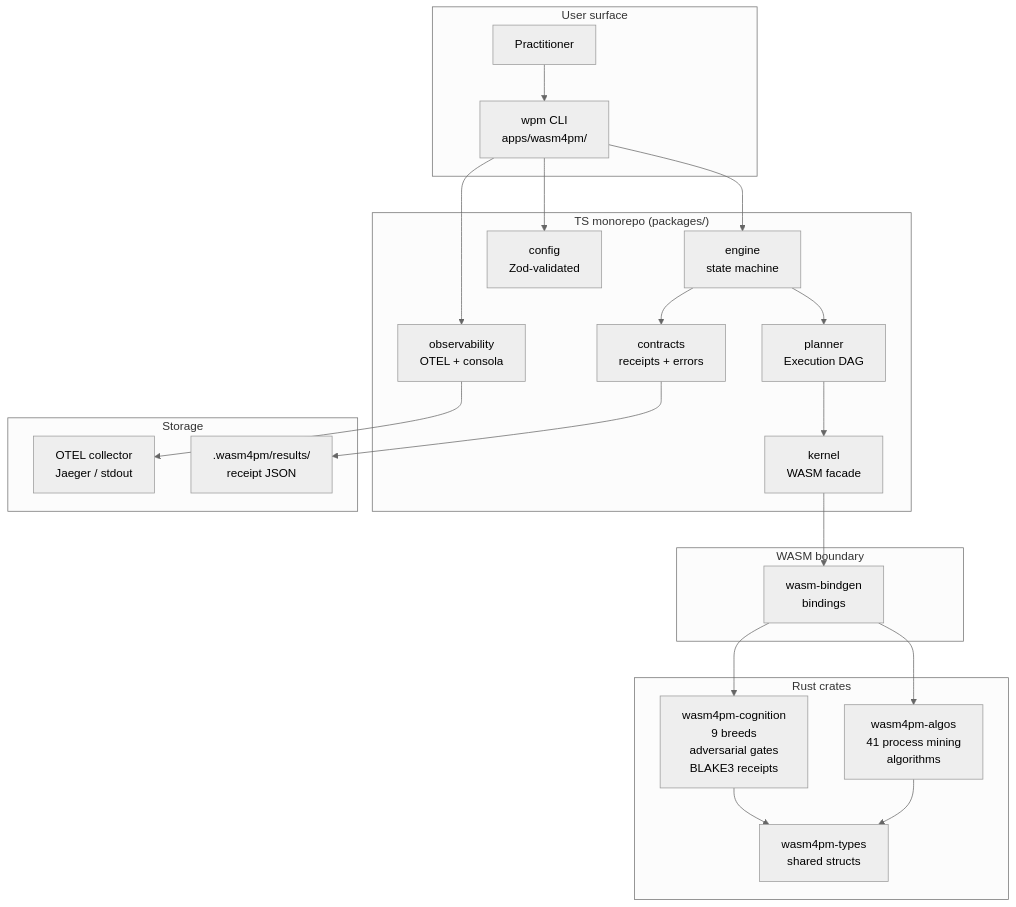
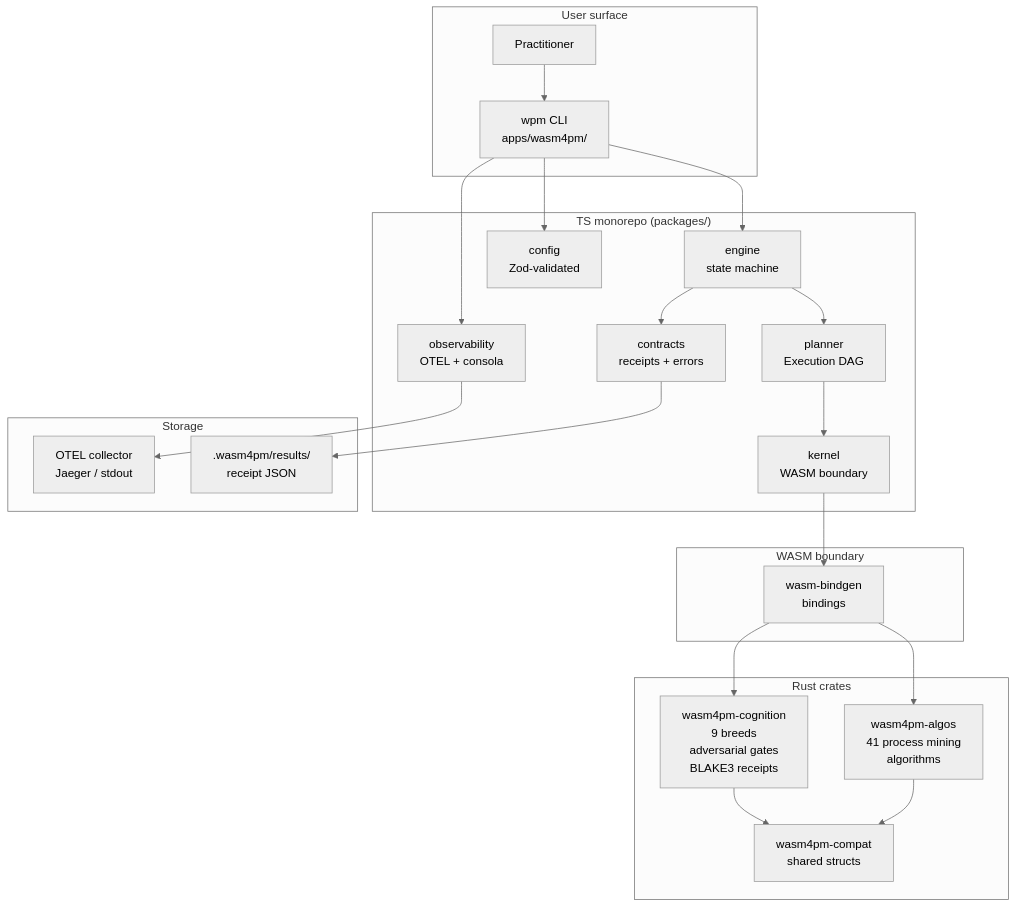
One commit to seanchatmangpt/wasm4pm changed the fifth of 13 diagrams in docs_quarantine/ARCHIVE/ARCHITECTURE.md. Above: the diagram before and after it, drawn with Mermaid (neutral theme). The commit also changed other lines of this file and 418 other files, not shown here.

````diff
--- a/docs_quarantine/ARCHIVE/ARCHITECTURE.md
+++ b/docs_quarantine/ARCHIVE/ARCHITECTURE.md
@@ -102,46 +102,46 @@
 ```mermaid
 flowchart TD
     subgraph "User surface"
         USER[Practitioner]
         CLI3[wpm CLI\napps/wasm4pm/]
     end
 
     subgraph "TS monorepo (packages/)"
         ENGINE[engine\nstate machine]
-        KERNEL[kernel\nWASM facade]
+        KERNEL[kernel\nWASM boundary]
         CONFIG[config\nZod-validated]
         PLANNER[planner\nExecution DAG]
         OBS[observability\nOTEL + consola]
         CONTRACTS[contracts\nreceipts + errors]
     end
 
     subgraph "WASM boundary"
         WB[wasm-bindgen\nbindings]
     end
 
     subgraph "Rust crates"
         PM[wasm4pm-algos\n41 process mining\nalgorithms]
         COG[wasm4pm-cognition\n9 breeds\nadversarial gates\nBLAKE3 receipts]
-        TYPES[wasm4pm-types\nshared structs]
+        TYPES[wasm4pm-compat\nshared structs]
     end
 
     subgraph "Storage"
         RESULTS[.wasm4pm/results/\nreceipt JSON]
         OTEL_SINK[OTEL collector\nJaeger / stdout]
     end
 
     USER --> CLI3
     CLI3 --> ENGINE
     CLI3 --> CONFIG
     ENGINE --> PLANNER
     PLANNER --> KERNEL
     KERNEL --> WB
     WB --> PM
     WB --> COG
     PM --> TYPES
     COG --> TYPES
     CLI3 --> OBS
     OBS --> OTEL_SINK
     ENGINE --> CONTRACTS
     CONTRACTS --> RESULTS
 ```
````
